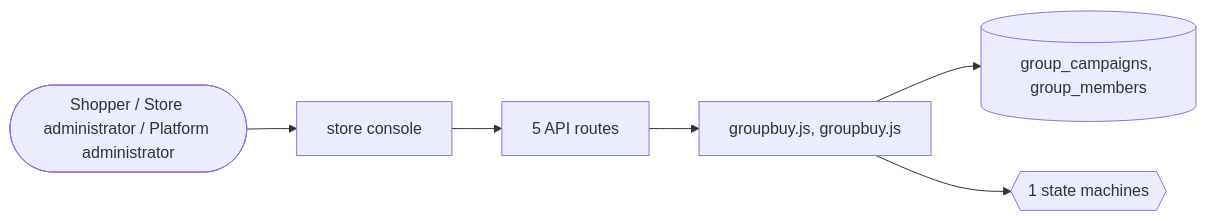
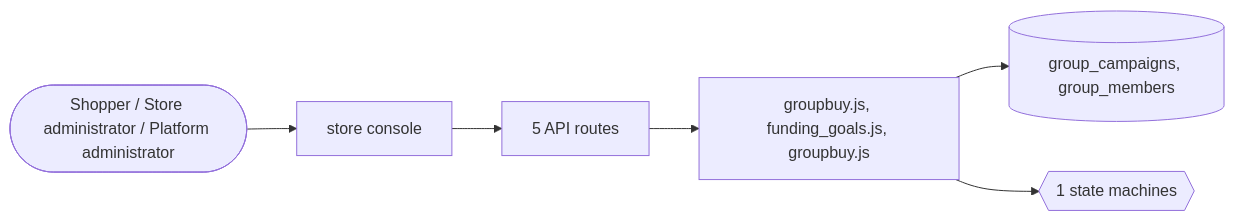
The second of 2 diagrams in docs/domains/groupbuy.md (echelonxventures-Projects/universal-product), drawn with Mermaid before and after one commit. The commit also changed other lines of this file and 67 other files, not shown here.

````diff
--- a/docs/domains/groupbuy.md
+++ b/docs/domains/groupbuy.md
@@ -99,8 +104,8 @@
 ```mermaid
 flowchart LR
   U([Shopper / Store administrator / Platform administrator]) --> UI[store console]
   UI --> API[5 API routes]
-  API --> ENG[groupbuy.js, groupbuy.js]
+  API --> ENG[groupbuy.js, funding_goals.js, groupbuy.js]
   ENG --> DB[(group_campaigns, group_members)]
   ENG --> SM{{1 state machines}}
 ```
````
